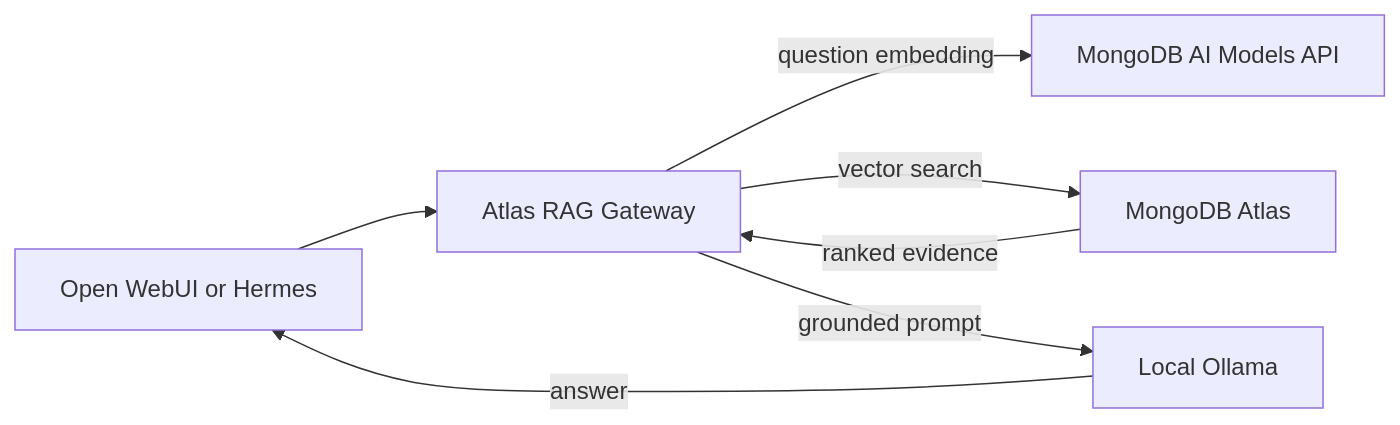
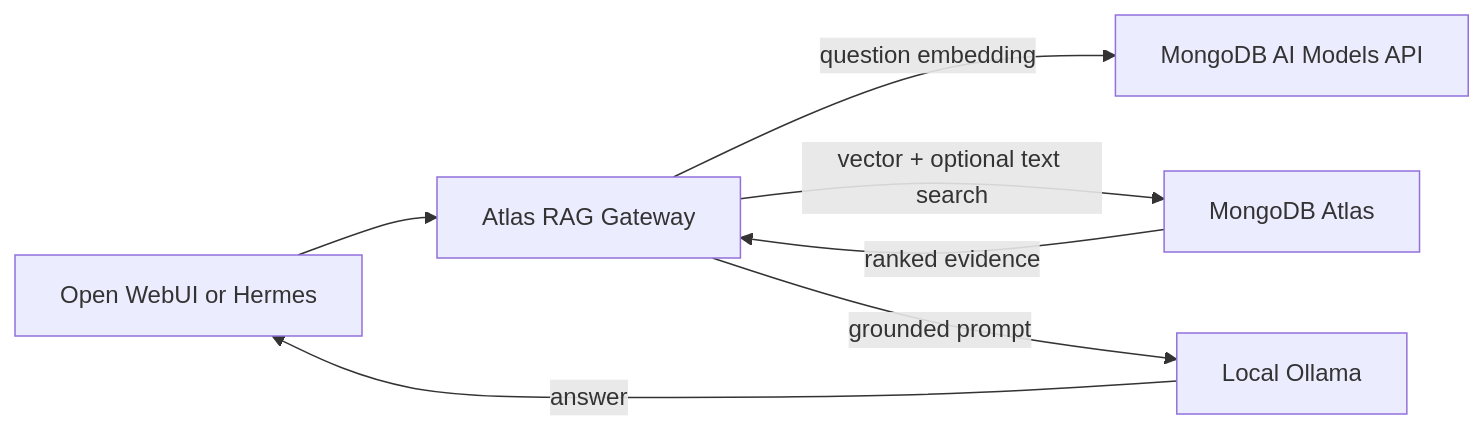
The first of 2 diagrams in docs/project-story.md (vthinsel/RAG_Gateway), drawn with Mermaid before and after one commit. The commit also changed other lines of this file and 16 other files, not shown here.

````diff
--- a/docs/project-story.md
+++ b/docs/project-story.md
@@ -17,9 +17,9 @@
 ```mermaid
 flowchart LR
 	Client[Open WebUI or Hermes] --> Gateway[Atlas RAG Gateway]
 	Gateway -->|question embedding| Embeddings[MongoDB AI Models API]
-	Gateway -->|vector search| Atlas[MongoDB Atlas]
+	Gateway -->|vector + optional text search| Atlas[MongoDB Atlas]
 	Atlas -->|ranked evidence| Gateway
 	Gateway -->|grounded prompt| Ollama[Local Ollama]
 	Ollama -->|answer| Client
 ```
````
